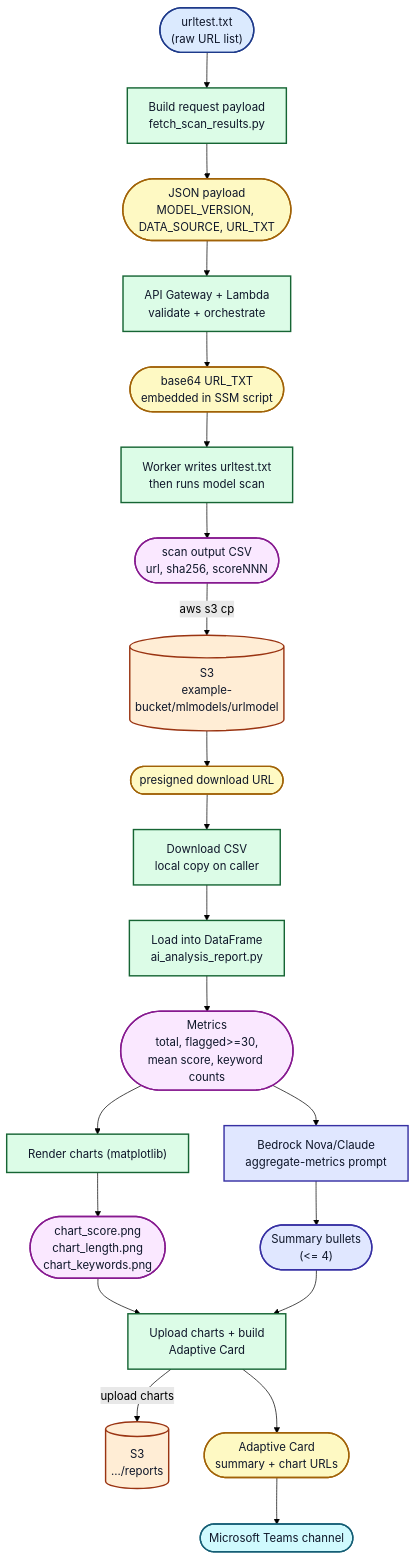
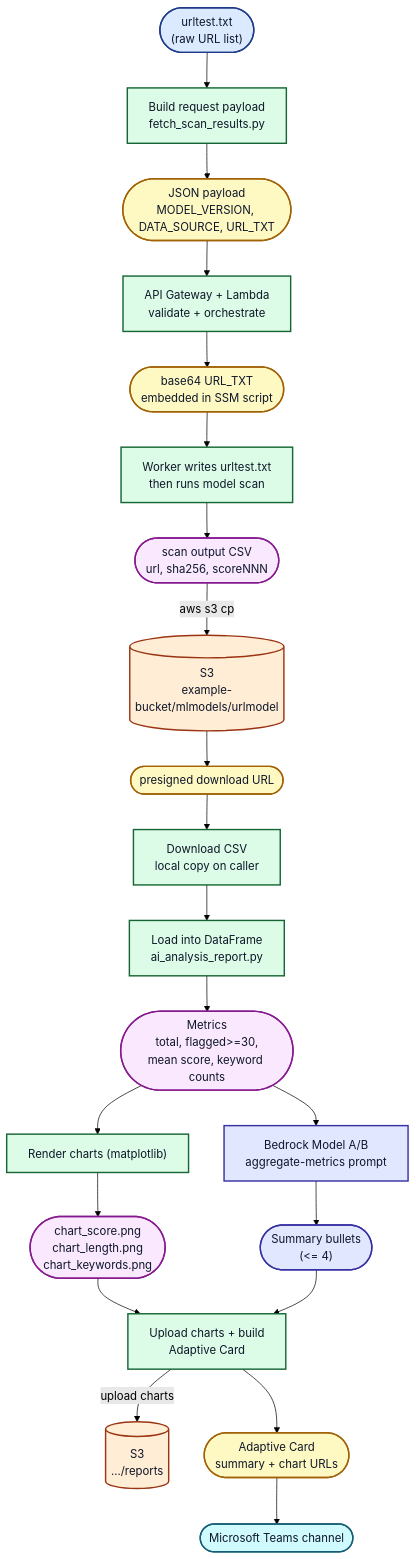
One commit to juanchencs/ai-urlmodel-scanning-orchestrator changed the diagram in docs/data-workflow.md. Above: the diagram before and after it, drawn with Mermaid (forest theme). The commit also changed other lines of this file and 6 other files, not shown here.

````diff
--- a/docs/data-workflow.md
+++ b/docs/data-workflow.md
@@ -12,45 +12,45 @@
 ```mermaid
 flowchart TB
     classDef input fill:#dbeafe,stroke:#1e3a8a,stroke-width:2px,color:#0f172a;
     classDef process fill:#dcfce7,stroke:#166534,stroke-width:2px,color:#0f172a;
     classDef payload fill:#fef9c3,stroke:#a16207,stroke-width:2px,color:#0f172a;
     classDef data fill:#fae8ff,stroke:#86198f,stroke-width:2px,color:#0f172a;
     classDef store fill:#ffedd5,stroke:#9a3412,stroke-width:2px,color:#0f172a;
     classDef ai fill:#e0e7ff,stroke:#3730a3,stroke-width:2px,color:#0f172a;
     classDef output fill:#cffafe,stroke:#155e75,stroke-width:2px,color:#0f172a;
 
     D1(["urltest.txt<br/>(raw URL list)"]):::input
     P1["Build request payload<br/>fetch_scan_results.py"]:::process
     D2(["JSON payload<br/>MODEL_VERSION, DATA_SOURCE, URL_TXT"]):::payload
 
     P2["API Gateway + Lambda<br/>validate + orchestrate"]:::process
     D3(["base64 URL_TXT<br/>embedded in SSM script"]):::payload
     P3["Worker writes urltest.txt<br/>then runs model scan"]:::process
     D4(["scan output CSV<br/>url, sha256, scoreNNN"]):::data
 
     S1[("S3<br/>example-bucket/mlmodels/urlmodel")]:::store
     D5(["presigned download URL"]):::payload
     P4["Download CSV<br/>local copy on caller"]:::process
 
     P5["Load into DataFrame<br/>ai_analysis_report.py"]:::process
     D6(["Metrics<br/>total, flagged>=30,<br/>mean score, keyword counts"]):::data
     P6["Render charts (matplotlib)"]:::process
     D7(["chart_score.png<br/>chart_length.png<br/>chart_keywords.png"]):::data
 
-    P7["Bedrock Nova/Claude<br/>aggregate-metrics prompt"]:::ai
+    P7["Bedrock Model A/B<br/>aggregate-metrics prompt"]:::ai
     D8(["Summary bullets<br/>(<= 4)"]):::ai
 
     P8["Upload charts + build<br/>Adaptive Card"]:::process
     S2[("S3<br/>.../reports")]:::store
     D9(["Adaptive Card<br/>summary + chart URLs"]):::payload
     OUT(["Microsoft Teams channel"]):::output
 
     D1 --> P1 --> D2 --> P2 --> D3 --> P3 --> D4
     D4 -->|aws s3 cp| S1
     S1 --> D5 --> P4 --> P5 --> D6 --> P6 --> D7
     D6 --> P7 --> D8
     D7 --> P8
     D8 --> P8
     P8 -->|upload charts| S2
     P8 --> D9 --> OUT
 ```
````
